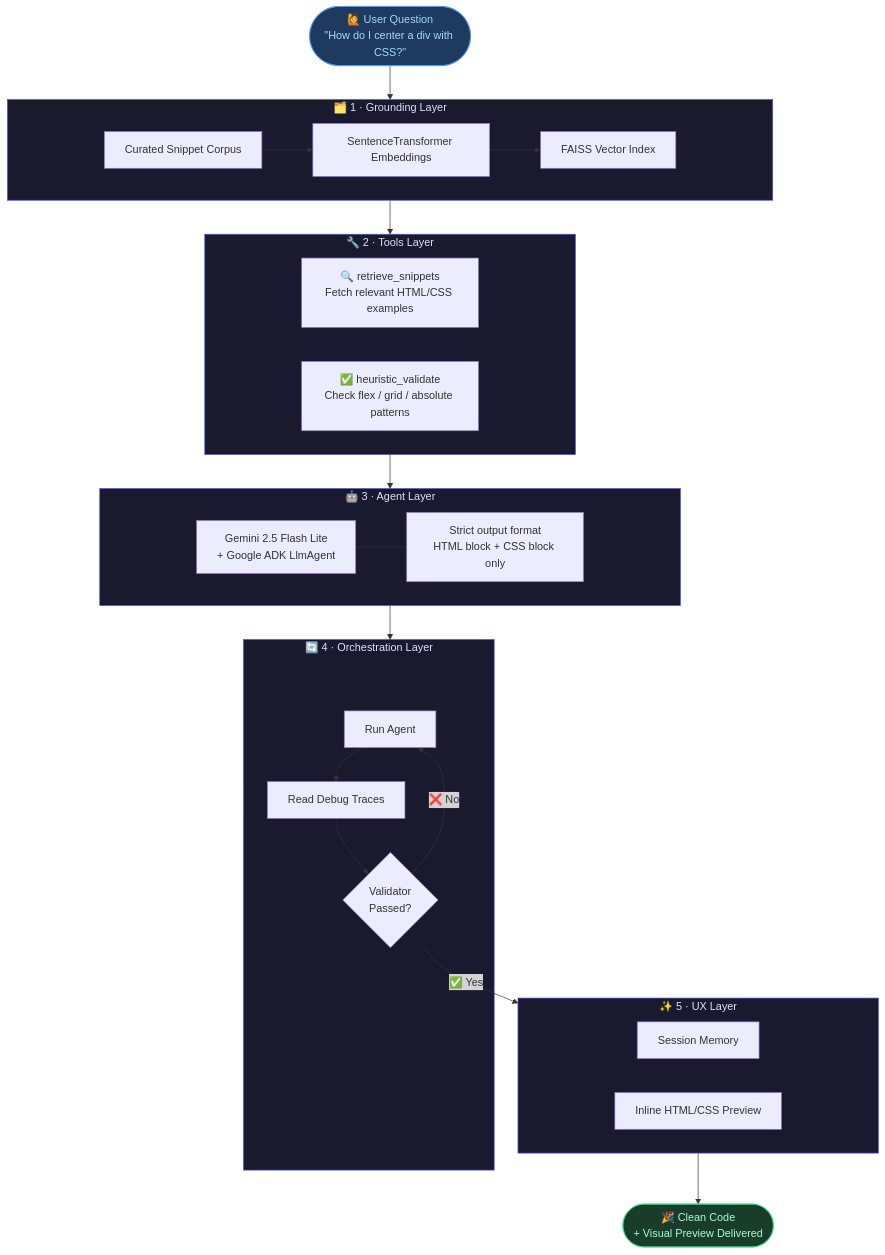
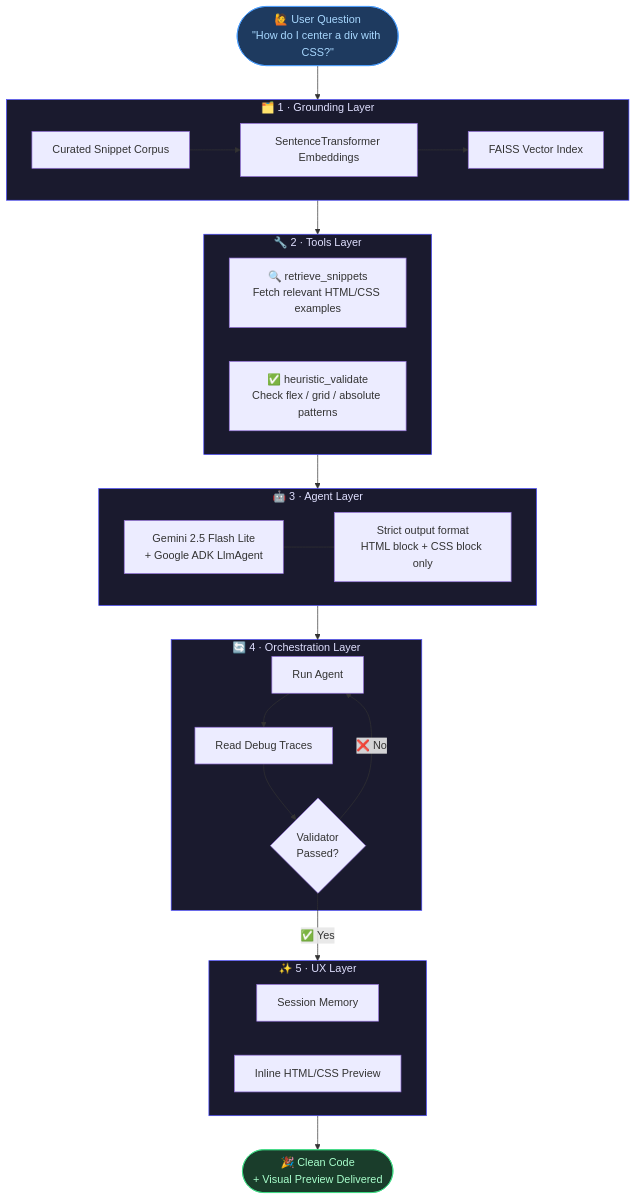
Before and after one commit to Arbaz9234/frontend-tutor-agent: the diagram in README.md, drawn with Mermaid.

````diff
--- a/README.md
+++ b/README.md
@@ -63,69 +63,55 @@
 ```mermaid
 flowchart TD
     Q([🙋 User Question\n&quot;How do I center a div with CSS?&quot;])
- 
+    
     Q --> G
  
     subgraph G ["🗂️  1 · Grounding Layer"]
-        GT(" "):::spacer
         G1[Curated Snippet Corpus]
         G2[SentenceTransformer Embeddings]
         G3[FAISS Vector Index]
-        GB(" "):::spacer
-        GT ~~~ G1 --> G2 --> G3 ~~~ GB
+        G1 --> G2 --> G3
     end
  
     G --> T
  
     subgraph T ["🔧  2 · Tools Layer"]
-        TT(" "):::spacer
         T1["🔍 retrieve_snippets\nFetch relevant HTML/CSS examples"]
         T2["✅ heuristic_validate\nCheck flex / grid / absolute patterns"]
-        TB(" "):::spacer
-        TT ~~~ T1 & T2 ~~~ TB
     end
  
     T --> A
  
     subgraph A ["🤖  3 · Agent Layer"]
-        AT(" "):::spacer
         A1["Gemini 2.5 Flash Lite\n+ Google ADK LlmAgent"]
-        A2["Strict output format\nHTML block + CSS block only"]
-        AB(" "):::spacer
-        AT ~~~ A1 --- A2 ~~~ AB
+        A2[Strict output format\nHTML block + CSS block only]
+        A1 --- A2
     end
  
     A --> O
  
     subgraph O ["🔄  4 · Orchestration Layer"]
-        OT(" "):::spacer
         O1[Run Agent]
         O2[Read Debug Traces]
         O3{Validator\nPassed?}
-        OB(" "):::spacer
-        OT ~~~ O1 --> O2 --> O3
+        O1 --> O2 --> O3
         O3 -- ❌ No --> O1
-        O3 ~~~ OB
     end
  
     O3 -- ✅ Yes --> U
  
     subgraph U ["✨  5 · UX Layer"]
-        UT(" "):::spacer
         U1[Session Memory]
         U2[Inline HTML/CSS Preview]
-        UB(" "):::spacer
-        UT ~~~ U1 & U2 ~~~ UB
     end
  
     U --> R([🎉 Clean Code\n+ Visual Preview Delivered])
  
-    classDef spacer fill:none,stroke:none,color:transparent
     style Q fill:#1e3a5f,color:#a8d8ff,stroke:#4a9eff
     style R fill:#1a3d2b,color:#a8ffcc,stroke:#3ddc84
     style G fill:#1a1a2e,color:#e0e0ff,stroke:#4a4aff
     style T fill:#1a1a2e,color:#e0e0ff,stroke:#4a4aff
     style A fill:#1a1a2e,color:#e0e0ff,stroke:#4a4aff
     style O fill:#1a1a2e,color:#e0e0ff,stroke:#4a4aff
     style U fill:#1a1a2e,color:#e0e0ff,stroke:#4a4aff
 ```
````
